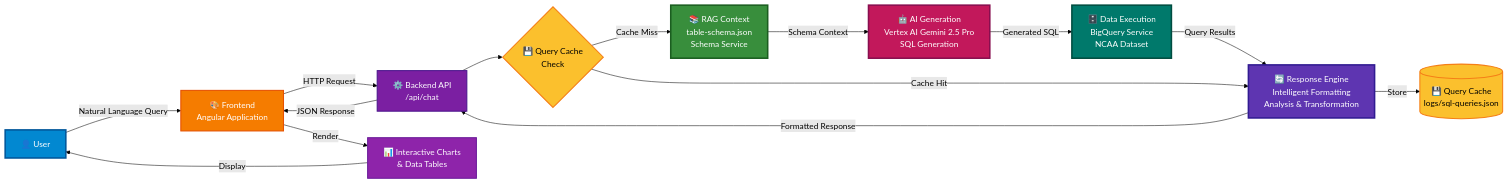
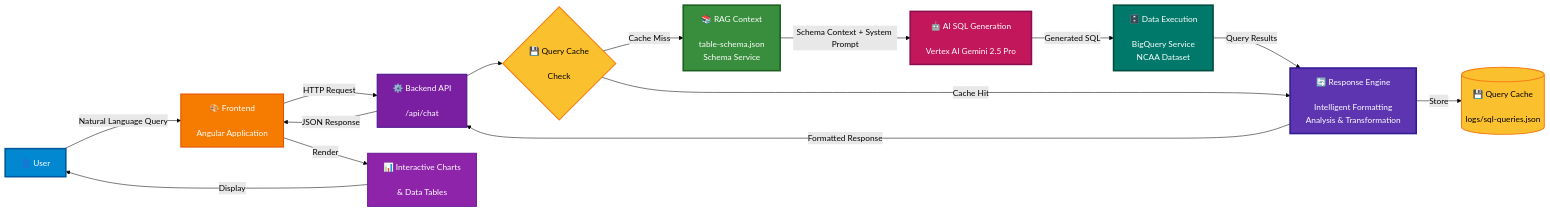
Before and after one commit to build-bros/.github: the first of 2 diagrams in profile/README.md, drawn with Mermaid (forest theme). The commit also changed other lines of this file, not shown here.

Commit message:
Enhance system architecture diagrams in README.md for clarity and consistency by adding spacing and improving label descriptions.

````diff
--- a/profile/README.md
+++ b/profile/README.md
@@ -60,39 +60,39 @@
 ```mermaid
 flowchart LR
-    User["👤 User"] -->|"Natural Language Query"| Frontend["🎨 Frontend<br/>Angular Application"]
+    User["👤 User"] -->|"Natural Language Query"| Frontend["🎨 Frontend<br/><br/>Angular Application"]
     
-    Frontend -->|"HTTP Request"| API["⚙️ Backend API<br/>/api/chat"]
+    Frontend -->|"HTTP Request"| API["⚙️ Backend API<br/><br/>/api/chat"]
     
-    API --> Cache{"💾 Query Cache<br/>Check"}
+    API --> Cache{"💾 Query Cache<br/><br/>Check"}
     
-    Cache -->|"Cache Miss"| RAG["📚 RAG Context<br/>table-schema.json<br/>Schema Service"]
+    Cache -->|"Cache Miss"| RAG["📚 RAG Context<br/><br/>table-schema.json<br/>Schema Service"]
     
-    RAG -->|"Schema Context"| AI["🤖 AI Generation<br/>Vertex AI Gemini 2.5 Pro<br/>SQL Generation"]
+    RAG -->|"Schema Context + System Prompt"| AI["🤖 AI SQL Generation<br/><br/>Vertex AI Gemini 2.5 Pro"]
     
-    AI -->|"Generated SQL"| DataExec["🗄️ Data Execution<br/>BigQuery Service<br/>NCAA Dataset"]
+    AI -->|"Generated SQL"| DataExec["🗄️ Data Execution<br/><br/>BigQuery Service<br/>NCAA Dataset"]
     
-    DataExec -->|"Query Results"| Engine["🔄 Response Engine<br/>Intelligent Formatting<br/>Analysis & Transformation"]
+    DataExec -->|"Query Results"| Engine["🔄 Response Engine<br/><br/>Intelligent Formatting<br/>Analysis & Transformation"]
     
     Cache -->|"Cache Hit"| Engine
     
-    Engine -->|"Store"| CacheStore[("💾 Query Cache<br/>logs/sql-queries.json")]
+    Engine -->|"Store"| CacheStore[("💾 Query Cache<br/><br/>logs/sql-queries.json")]
     
     Engine -->|"Formatted Response"| API
     
     API -->|"JSON Response"| Frontend
     
-    Frontend -->|"Render"| Charts["📊 Interactive Charts<br/>& Data Tables"]
+    Frontend -->|"Render"| Charts["📊 Interactive Charts<br/><br/>& Data Tables"]
     
     Charts -->|"Display"| User
 
     style User fill:#0288d1,stroke:#01579b,stroke-width:3px,color:#fff
     style Frontend fill:#f57c00,stroke:#e65100,stroke-width:2px,color:#fff
     style API fill:#7b1fa2,stroke:#4a148c,stroke-width:2px,color:#fff
     style Cache fill:#fbc02d,stroke:#f57f17,stroke-width:2px,color:#000
     style RAG fill:#388e3c,stroke:#1b5e20,stroke-width:3px,color:#fff
     style AI fill:#c2185b,stroke:#880e4f,stroke-width:3px,color:#fff
     style DataExec fill:#00796b,stroke:#004d40,stroke-width:3px,color:#fff
     style Engine fill:#5e35b1,stroke:#311b92,stroke-width:3px,color:#fff
     style CacheStore fill:#fbc02d,stroke:#f57f17,stroke-width:2px,color:#000
     style Charts fill:#8e24aa,stroke:#6a1b9a,stroke-width:2px,color:#fff
 ```
````
